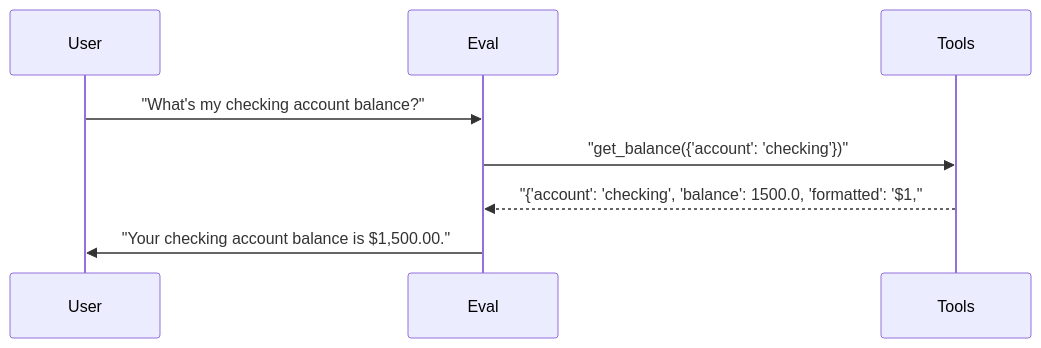
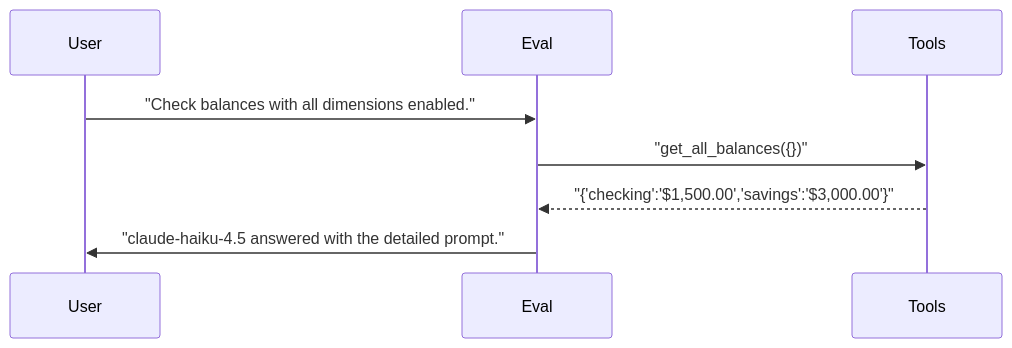
The fourth of 4 diagrams in docs/reports/10_dimension_detection.md (sbroenne/pytest-skill-engineering), drawn with Mermaid before and after one commit. The commit also changed other lines of this file and 137 other files, not shown here.

````diff
--- a/docs/reports/10_dimension_detection.md
+++ b/docs/reports/10_dimension_detection.md
@@ -217,11 +158,11 @@
 ```mermaid
 sequenceDiagram
     participant User
     participant Eval
     participant Tools
 
-    User->>Eval: "What's my checking account balance?"
-    Eval->>Tools: "get_balance({'account': 'checking'})"
-    Tools-->>Eval: "{'account': 'checking', 'balance': 1500.0, 'formatted': '$1,"
-    Eval->>User: "Your checking account balance is $1,500.00."
+    User->>Eval: "Check balances with all dimensions enabled."
+    Eval->>Tools: "get_all_balances({})"
+    Tools-->>Eval: "{'checking':'$1,500.00','savings':'$3,000.00'}"
+    Eval->>User: "claude-haiku-4.5 answered with the detailed prompt."
 ```
````
